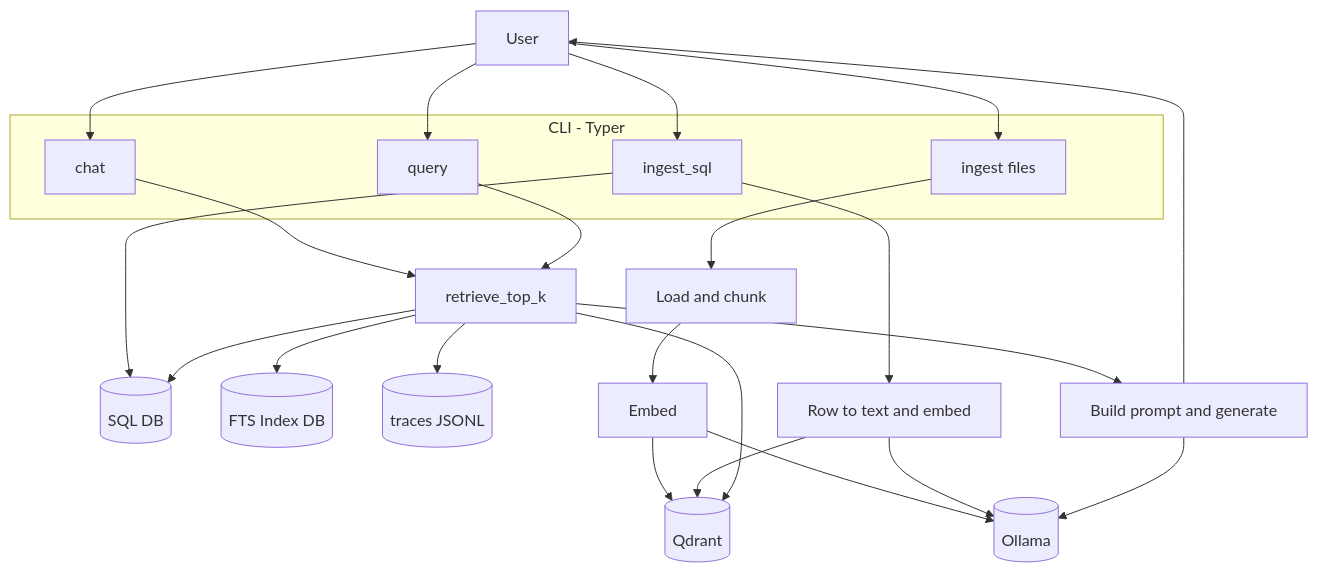
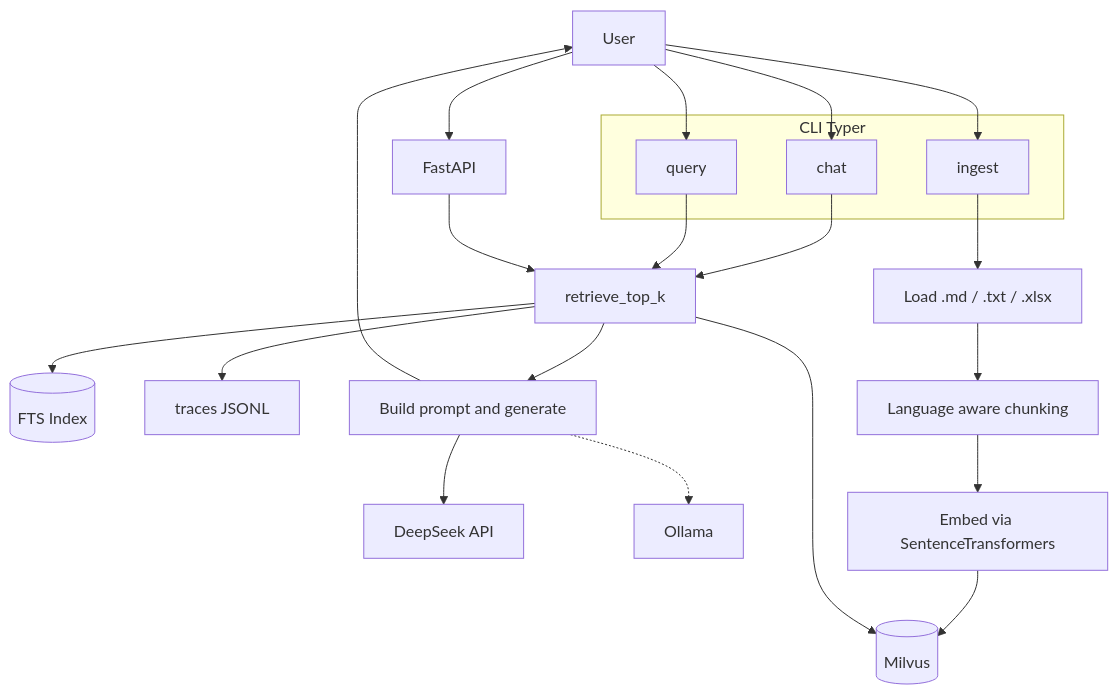
The first of 3 diagrams in intro.md (YiLi98317/rag-chatbot), drawn with Mermaid before and after one commit. The commit also changed other lines of this file and 5 other files, not shown here.

````diff
--- a/intro.md
+++ b/intro.md
@@ -87,42 +136,39 @@
 ```mermaid
 flowchart TD
   user[User]
-  qdrant[(Qdrant)]
-  ollama[(Ollama)]
-  sqldb[(SQL DB)]
-  ftsdb[(FTS Index DB)]
-  traces[(traces JSONL)]
+  milvus[(Milvus)]
+  deepseek[DeepSeek API]
+  ollama[Ollama]
+  ftsdb[(FTS Index)]
+  traces[traces JSONL]
 
-  subgraph CLI[CLI - Typer]
+  subgraph cli [CLI Typer]
     chat[chat]
-    query[query]
-    ingest_files[ingest files]
-    ingest_sql[ingest_sql]
+    query_cmd[query]
+    ingest_cmd[ingest]
   end
 
+  api[FastAPI]
+
   user --> chat
-  user --> query
-  user --> ingest_files
-  user --> ingest_sql
+  user --> query_cmd
+  user --> api
+  user --> ingest_cmd
 
-  ingest_files --> loader[Load and chunk]
-  loader --> embed_docs[Embed]
-  embed_docs --> qdrant
-  embed_docs --> ollama
-
-  ingest_sql --> sqldb
-  ingest_sql --> embed_rows[Row to text and embed]
-  embed_rows --> ollama
-  embed_rows --> qdrant
+  ingest_cmd --> loader[Load .md / .txt / .xlsx]
+  loader --> chunk[Language aware chunking]
+  chunk --> embed_docs[Embed via SentenceTransformers]
+  embed_docs --> milvus
 
   chat --> retriever[retrieve_top_k]
-  query --> retriever
+  query_cmd --> retriever
+  api --> retriever
   retriever --> ftsdb
-  retriever --> sqldb
-  retriever --> qdrant
+  retriever --> milvus
   retriever --> traces
 
   retriever --> rag[Build prompt and generate]
-  rag --> ollama
+  rag --> deepseek
+  rag -.-> ollama
   rag --> user
 ```
````
